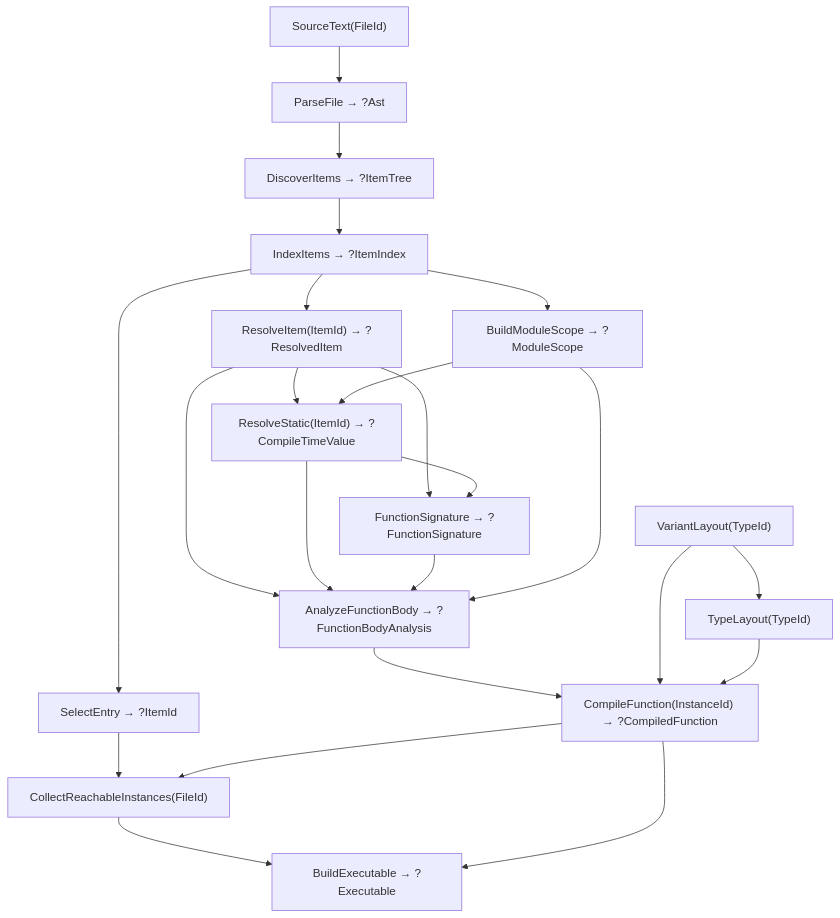
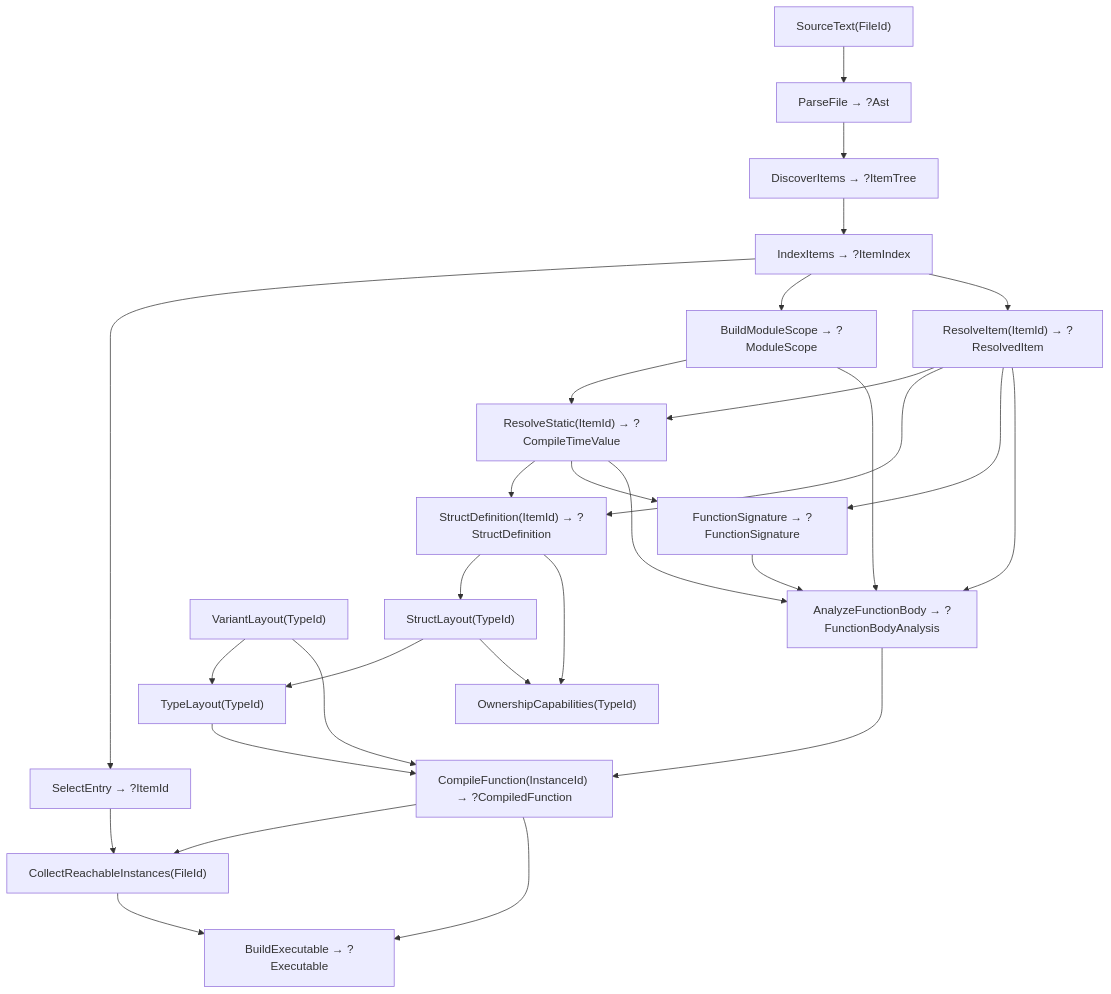
One commit to Pippepot/chimera-lang changed the diagram in PROGRAM_FLOW.md. Above: the diagram before and after it, drawn with Mermaid. The commit also changed other lines of this file and 9 other files, not shown here.

````diff
--- a/PROGRAM_FLOW.md
+++ b/PROGRAM_FLOW.md
@@ -9,25 +9,31 @@
 ```mermaid
 flowchart TD
     ST["SourceText(FileId)"] --> PF["ParseFile → ?Ast"]
     PF --> DI["DiscoverItems → ?ItemTree"]
     DI --> IX["IndexItems → ?ItemIndex"]
     IX --> SE["SelectEntry → ?ItemId"]
     IX --> MS["BuildModuleScope → ?ModuleScope"]
     IX --> RI["ResolveItem(ItemId) → ?ResolvedItem"]
     RI --> RS["ResolveStatic(ItemId) → ?CompileTimeValue"]
     MS --> RS
+    RI --> SD["StructDefinition(ItemId) → ?StructDefinition"]
+    RS --> SD
     RI --> FS["FunctionSignature → ?FunctionSignature"]
     RS --> FS
     RI --> AB["AnalyzeFunctionBody → ?FunctionBodyAnalysis"]
     RS --> AB
     FS --> AB
     MS --> AB
     AB --> CF["CompileFunction(InstanceId) → ?CompiledFunction"]
     VL["VariantLayout(TypeId)"] --> TL["TypeLayout(TypeId)"]
+    SD --> SL["StructLayout(TypeId)"]
+    SL --> TL
+    SD --> OC["OwnershipCapabilities(TypeId)"]
+    SL --> OC
     VL --> CF
     TL --> CF
     SE --> CR["CollectReachableInstances(FileId)"]
     CF --> CR
     CR --> BE["BuildExecutable → ?Executable"]
     CF --> BE
 ```
````
